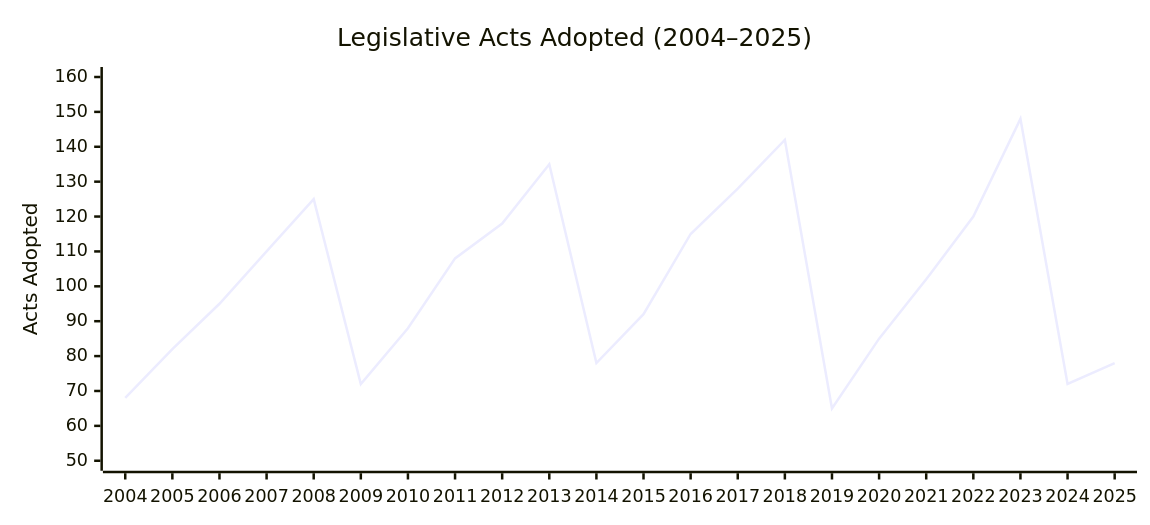
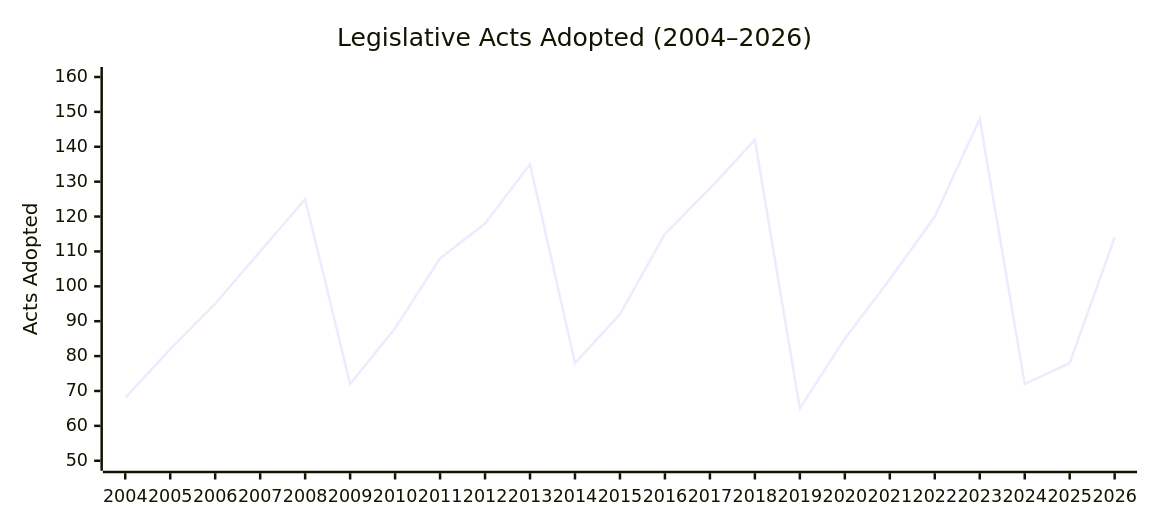
Before and after one commit to Hack23/European-Parliament-MCP-Server: the fifth of 21 diagrams in api-markdown/_media/EP_POLITICAL_LANDSCAPE.md, drawn with Mermaid. The commit also changed other lines of this file and 1437 other files, not shown here.

````diff
--- a/api-markdown/_media/EP_POLITICAL_LANDSCAPE.md
+++ b/api-markdown/_media/EP_POLITICAL_LANDSCAPE.md
@@ -123,13 +125,13 @@
 ```mermaid
 ---
 config:
   xyChart:
     width: 900
     height: 400
 ---
 xychart-beta
-    title "Legislative Acts Adopted (2004–2025)"
-    x-axis [2004, 2005, 2006, 2007, 2008, 2009, 2010, 2011, 2012, 2013, 2014, 2015, 2016, 2017, 2018, 2019, 2020, 2021, 2022, 2023, 2024, 2025]
+    title "Legislative Acts Adopted (2004–2026)"
+    x-axis [2004, 2005, 2006, 2007, 2008, 2009, 2010, 2011, 2012, 2013, 2014, 2015, 2016, 2017, 2018, 2019, 2020, 2021, 2022, 2023, 2024, 2025, 2026]
     y-axis "Acts Adopted" 50 --> 160
-    line [68, 82, 95, 110, 125, 72, 88, 108, 118, 135, 78, 92, 115, 128, 142, 65, 85, 102, 120, 148, 72, 78]
+    line [68, 82, 95, 110, 125, 72, 88, 108, 118, 135, 78, 92, 115, 128, 142, 65, 85, 102, 120, 148, 72, 78, 114]
 ```
````
